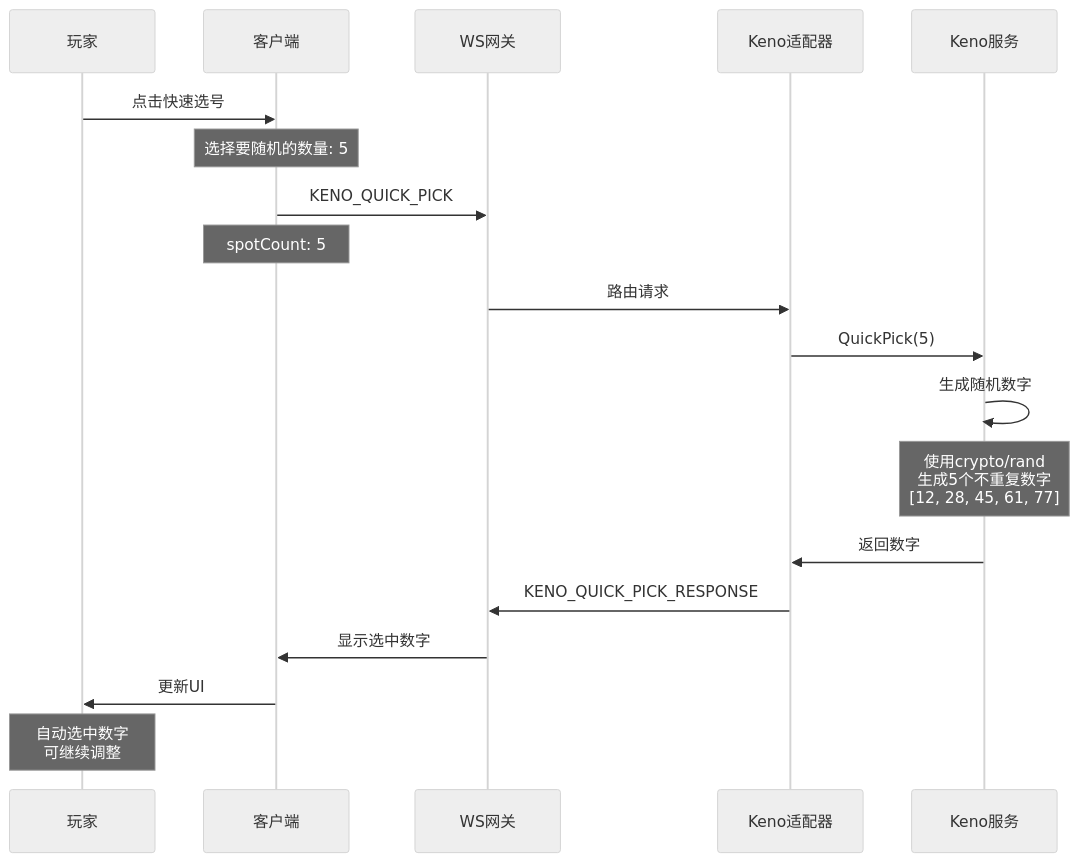
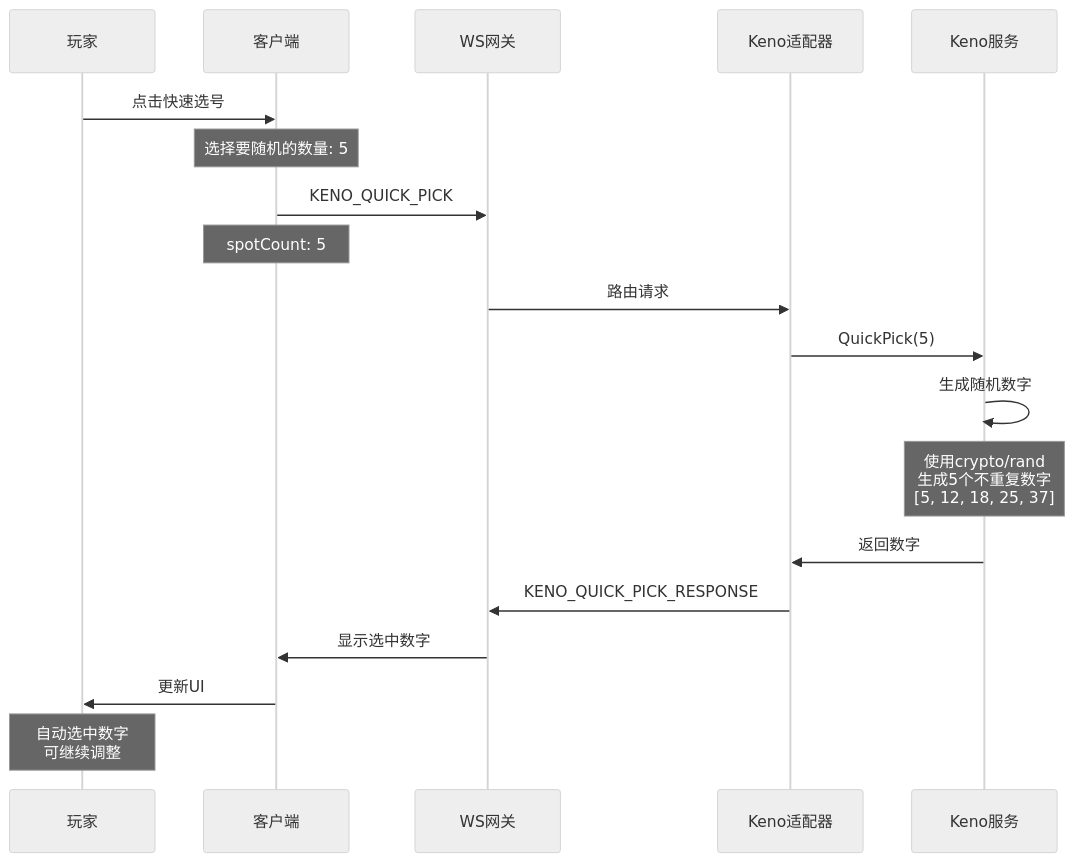
One commit to infigaming-com/invoker-gh-pages changed diagram 16 of 36 in sequence-diagrams-zh.md. Above: the diagram before and after it, drawn with Mermaid (neutral theme). The commit also changed other lines of this file and 2 other files, not shown here.

````diff
--- a/sequence-diagrams-zh.md
+++ b/sequence-diagrams-zh.md
@@ -816,27 +816,27 @@
 ```mermaid
 sequenceDiagram
     participant Player as 玩家
     participant Client as 客户端
     participant WSGateway as WS网关
     participant KenoAdapter as Keno适配器
     participant KenoService as Keno服务
 
     Player->>Client: 点击快速选号
     Note over Client: 选择要随机的数量: 5
     
     Client->>WSGateway: KENO_QUICK_PICK
     Note over Client: spotCount: 5
     
     WSGateway->>KenoAdapter: 路由请求
     KenoAdapter->>KenoService: QuickPick(5)
     
     KenoService->>KenoService: 生成随机数字
-    Note over KenoService: 使用crypto/rand<br/>生成5个不重复数字<br/>[12, 28, 45, 61, 77]
+    Note over KenoService: 使用crypto/rand<br/>生成5个不重复数字<br/>[5, 12, 18, 25, 37]
     
     KenoService->>KenoAdapter: 返回数字
     KenoAdapter->>WSGateway: KENO_QUICK_PICK_RESPONSE
     WSGateway->>Client: 显示选中数字
     
     Client->>Player: 更新UI
     Note over Player: 自动选中数字<br/>可继续调整
 ```
````
